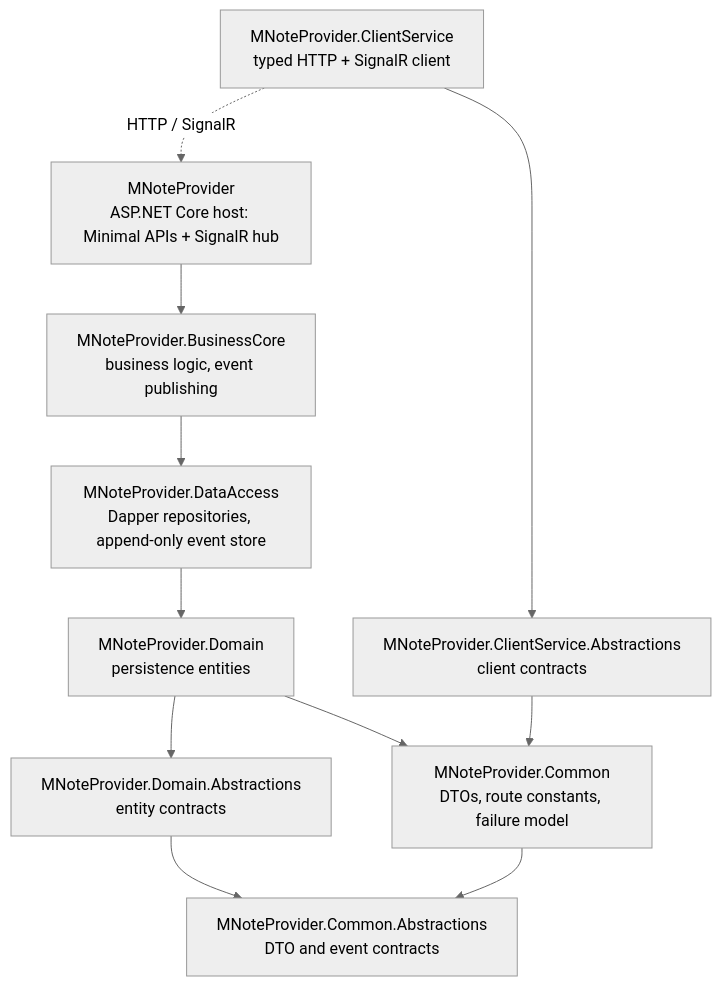
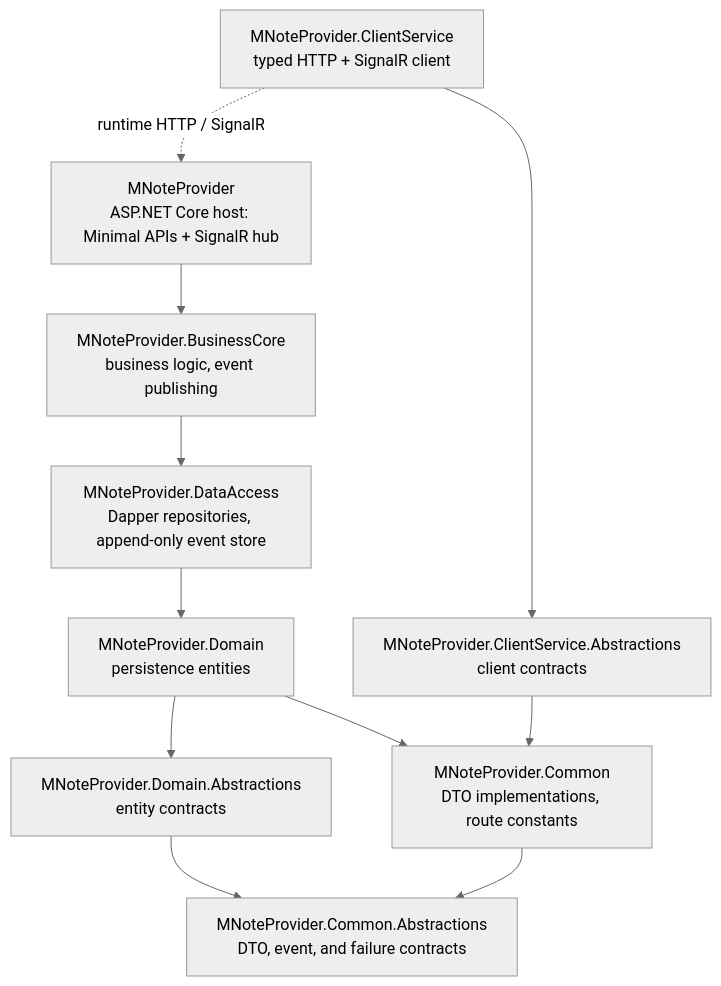
Before and after one commit to Kolibriherz/MNotes: the diagram in README.md, drawn with Mermaid (neutral theme). The commit also changed 19 other files, not shown here.

````diff
--- a/README.md
+++ b/README.md
@@ -26,23 +26,23 @@
 ```mermaid
 graph TD
     Host["MNoteProvider<br/>ASP.NET Core host: Minimal APIs + SignalR hub"]
     BC["MNoteProvider.BusinessCore<br/>business logic, event publishing"]
     DA["MNoteProvider.DataAccess<br/>Dapper repositories, append-only event store"]
     DOM["MNoteProvider.Domain<br/>persistence entities"]
     DOMA["MNoteProvider.Domain.Abstractions<br/>entity contracts"]
-    C["MNoteProvider.Common<br/>DTOs, route constants, failure model"]
-    CA["MNoteProvider.Common.Abstractions<br/>DTO and event contracts"]
+    C["MNoteProvider.Common<br/>DTO implementations, route constants"]
+    CA["MNoteProvider.Common.Abstractions<br/>DTO, event, and failure contracts"]
     CS["MNoteProvider.ClientService<br/>typed HTTP + SignalR client"]
     CSA["MNoteProvider.ClientService.Abstractions<br/>client contracts"]
 
     Host --> BC
     BC --> DA
     DA --> DOM
     DOM --> DOMA
     DOM --> C
     DOMA --> CA
     C --> CA
     CS --> CSA
     CSA --> C
-    CS -. "HTTP / SignalR" .-> Host
+    CS -. "runtime HTTP / SignalR" .-> Host
 ```
````
